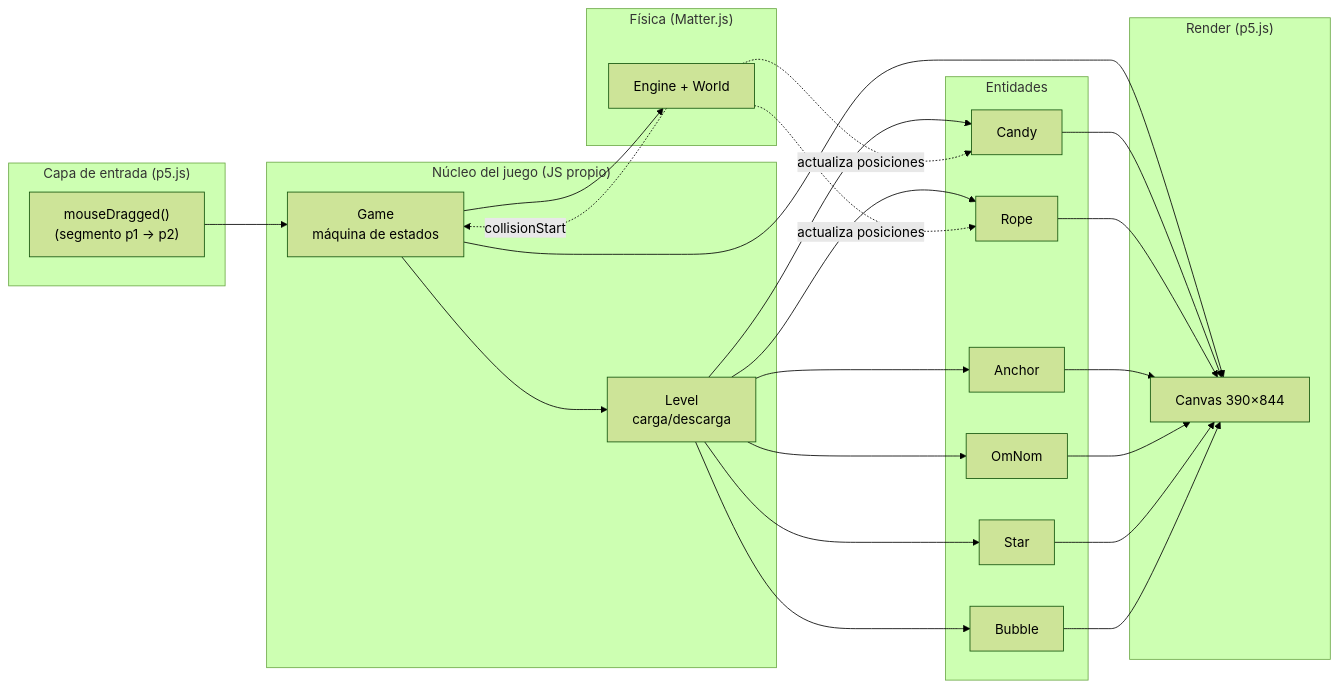
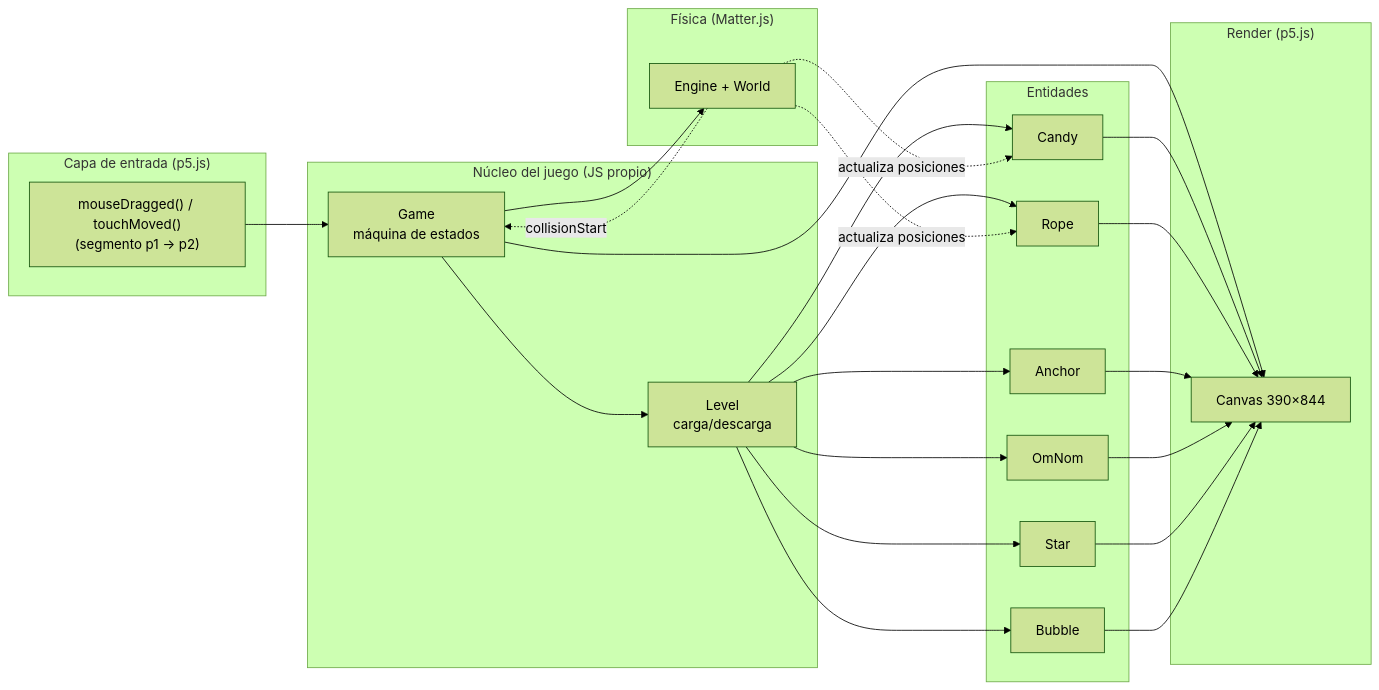
Before and after one commit to ShryhakAkizuki/Cut_The_Rope-Visual_Computing_2026-II: the first of 5 diagrams in docs/arquitectura-mvp.md, drawn with Mermaid (forest theme). The commit also changed other lines of this file and 2 other files, not shown here.

Commit message:
Touch - Movil

````diff
--- a/docs/arquitectura-mvp.md
+++ b/docs/arquitectura-mvp.md
@@ -34,48 +34,48 @@
 ```mermaid
 flowchart LR
     subgraph INPUT["Capa de entrada (p5.js)"]
-        M["mouseDragged()<br/>(segmento p1 → p2)"]
+        M["mouseDragged() / touchMoved()<br/>(segmento p1 → p2)"]
     end
 
     subgraph CORE["Núcleo del juego (JS propio)"]
         G["Game<br/>máquina de estados"]
         L["Level<br/>carga/descarga"]
     end
 
     subgraph ENT["Entidades"]
         C["Candy"]
         A["Anchor"]
         R["Rope"]
         MO["OmNom"]
         S["Star"]
         BU["Bubble"]
     end
 
     subgraph PHYS["Física (Matter.js)"]
         E["Engine + World"]
     end
 
     subgraph RENDER["Render (p5.js)"]
         CV["Canvas 390×844"]
     end
 
     M --> G
     G --> L
     L --> C
     L --> A
     L --> R
     L --> MO
     L --> S
     L --> BU
     G --> E
     E -. "actualiza posiciones" .-> R
     E -. "actualiza posiciones" .-> C
     E -. "collisionStart" .-> G
     G --> CV
     C --> CV
     R --> CV
     A --> CV
     MO --> CV
     S --> CV
     BU --> CV
 ```
````
